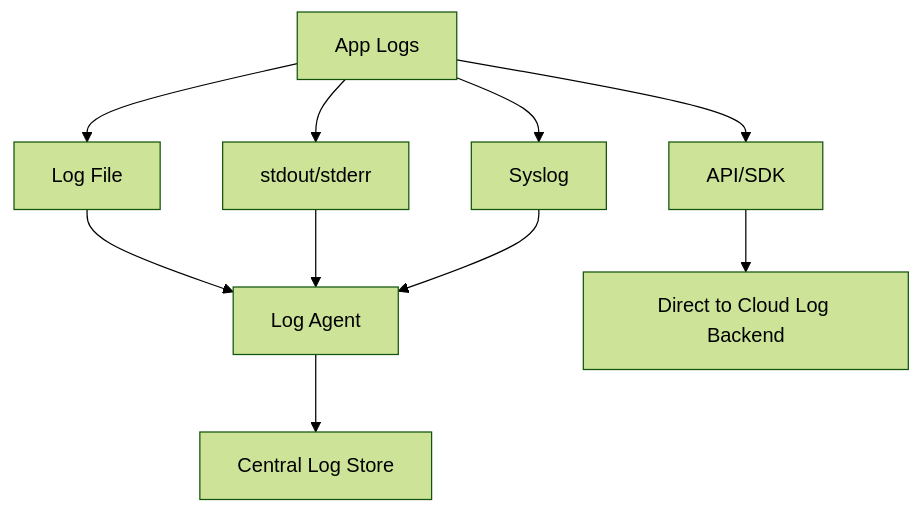
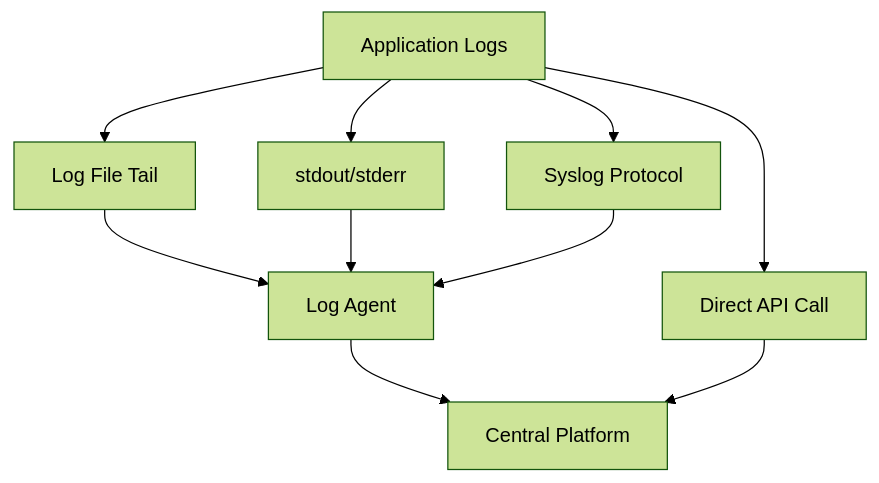
One commit to StevenJUlbrich/SRE-Training changed the first of 3 diagrams in SRE CORE PRACTICES/day 04/training_material/Intermediate/day-04-intermediate-section-2.md. Above: the diagram before and after it, drawn with Mermaid (forest theme). The commit also changed other lines of this file and 1 other file, not shown here.

Commit message:
feat: add comprehensive intermediate module on Log Collection, Centralization & Analysis with detailed sections, examples, and enhanced clarity

````diff
--- a/SRE CORE PRACTICES/day 04/training_material/Intermediate/day-04-intermediate-section-2.md
+++ b/SRE CORE PRACTICES/day 04/training_material/Intermediate/day-04-intermediate-section-2.md
@@ -85,14 +52,13 @@
 ```mermaid
 graph TD
-    A[App Logs] --> B1[Log File]
-    A --> B2[stdout/stderr]
-    A --> B3[API/SDK]
-    A --> B4[Syslog]
+    App[Application Logs] --> File[Log File Tail]
+    App --> Stdout[stdout/stderr]
+    App --> API[Direct API Call]
+    App --> Syslog[Syslog Protocol]
 
-    B1 --> C[Log Agent]
-    B2 --> C
-    B3 --> D[Direct to Cloud Log Backend]
-    B4 --> C
-
-    C --> E[Central Log Store]
+    File --> Agent[Log Agent]
+    Stdout --> Agent
+    Syslog --> Agent
+    Agent --> Backend[Central Platform]
+    API --> Backend
 ```
````
